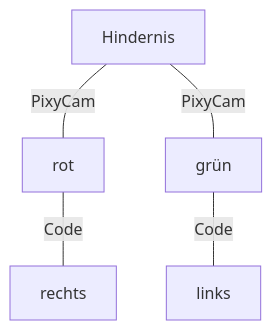
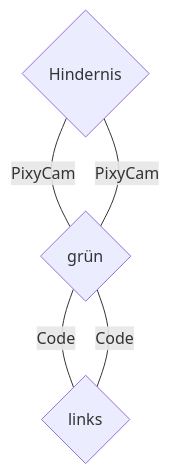
One commit to SchroedingersBit/PfortGTPanama changed the diagram in Programme/Hindernisrennen/README.md. Above: the diagram before and after it, drawn with Mermaid.

````diff
--- a/Programme/Hindernisrennen/README.md
+++ b/Programme/Hindernisrennen/README.md
@@ -4,4 +4,4 @@
 ```mermaid
-graph TB;Hindernis ---|PixyCam| rot--Code---rechts;
-Hindernis---|PixyCam| grün--Code---links
+graph TB;A{Hindernis} ---|PixyCam| B{rot}--Code---C{rechts};
+A---|PixyCam| B{grün}--Code---C{links};
 ```
````
